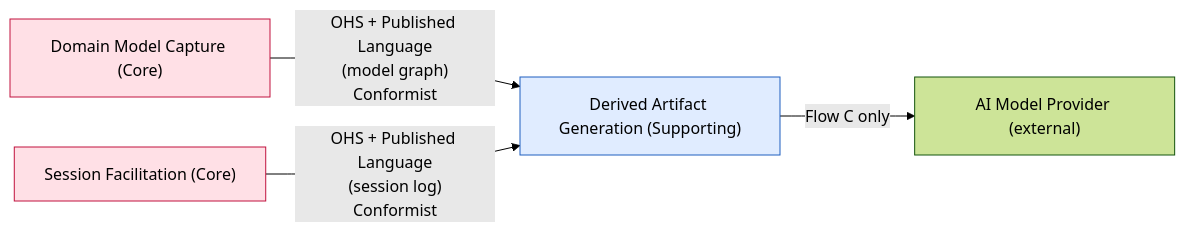
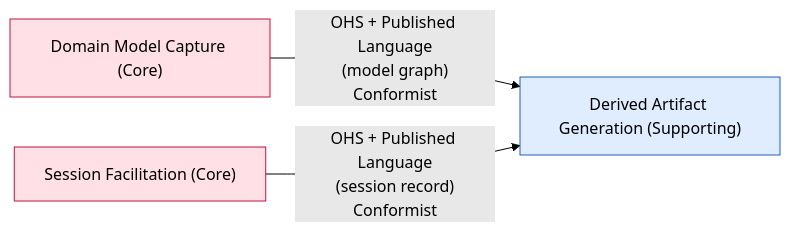
Before and after one commit to vinialbano/eventstormer: the diagram in docs/domain/bounded-contexts/derived-artifact-generation/canvas.md, drawn with Mermaid (forest theme). The commit also changed other lines of this file and 12 other files, not shown here.

````diff
--- a/docs/domain/bounded-contexts/derived-artifact-generation/canvas.md
+++ b/docs/domain/bounded-contexts/derived-artifact-generation/canvas.md
@@ -155,12 +175,11 @@
 ```mermaid
 flowchart LR
   Capture["Domain Model Capture (Core)"] -->|"OHS + Published Language\n(model graph)\nConformist"| This["Derived Artifact Generation (Supporting)"]
-  Facil["Session Facilitation (Core)"] -->|"OHS + Published Language\n(session log)\nConformist"| This
-  This -->|"Flow C only"| AI["AI Model Provider (external)"]
+  Facil["Session Facilitation (Core)"] -->|"OHS + Published Language\n(session record)\nConformist"| This
 
   classDef core fill:#ffe0e6,stroke:#c1123e,color:#000
   classDef sup fill:#e0ecff,stroke:#1f5fbf,color:#000
   class Capture core
   class Facil core
   class This sup
 ```
````
